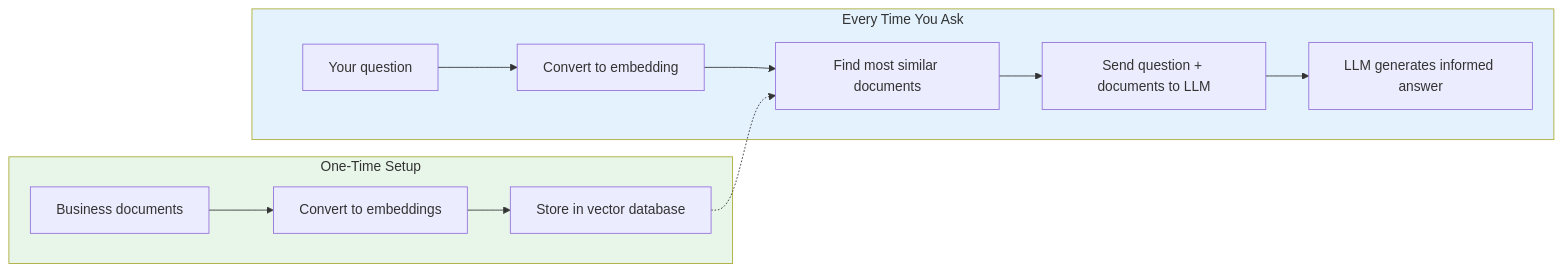
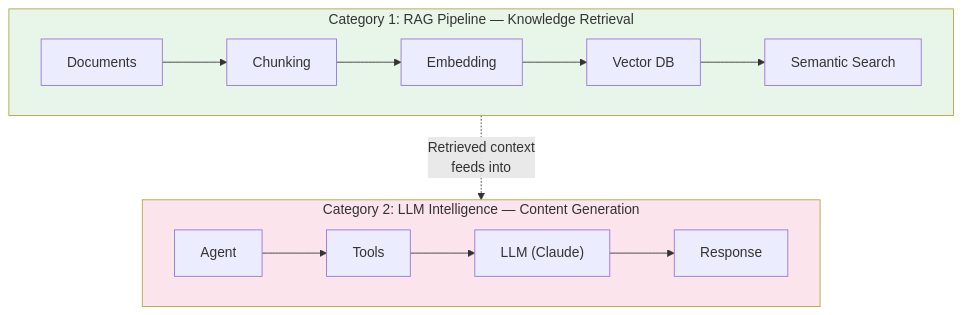
One commit to aakashkumar1980/certifications-aiml changed the first of 4 diagrams in TUTORIAL_AI.md. Above: the diagram before and after it, drawn with Mermaid. The commit also changed other lines of this file and 5 other files, not shown here.

First line of the commit message:
Add Step labels to LLM tools and update all documentation with two-category architecture

````diff
--- a/TUTORIAL_AI.md
+++ b/TUTORIAL_AI.md
@@ -65,18 +23,22 @@
 ```mermaid
-flowchart LR
-    subgraph Ingestion["One-Time Setup"]
-        D1["Business documents"] --> E1["Convert to embeddings"]
-        E1 --> V1["Store in vector database"]
+flowchart TB
+    subgraph cat1["Category 1: RAG Pipeline — Knowledge Retrieval"]
+        direction LR
+        D["Documents"] --> C["Chunking"]
+        C --> E["Embedding"]
+        E --> V["Vector DB"]
+        V --> S["Semantic Search"]
     end
 
-    subgraph Query["Every Time You Ask"]
-        Q["Your question"] --> E2["Convert to embedding"]
-        E2 --> S["Find most similar documents"]
-        V1 -.-> S
-        S --> C["Send question + documents to LLM"]
-        C --> A["LLM generates informed answer"]
+    subgraph cat2["Category 2: LLM Intelligence — Content Generation"]
+        direction LR
+        A["Agent"] --> T["Tools"]
+        T --> L["LLM (Claude)"]
+        L --> R["Response"]
     end
 
-    style Ingestion fill:#e8f5e9
-    style Query fill:#e3f2fd
+    cat1 -.->|"Retrieved context<br/>feeds into"| cat2
+
+    style cat1 fill:#e8f5e9
+    style cat2 fill:#fce4ec
 ```
````
